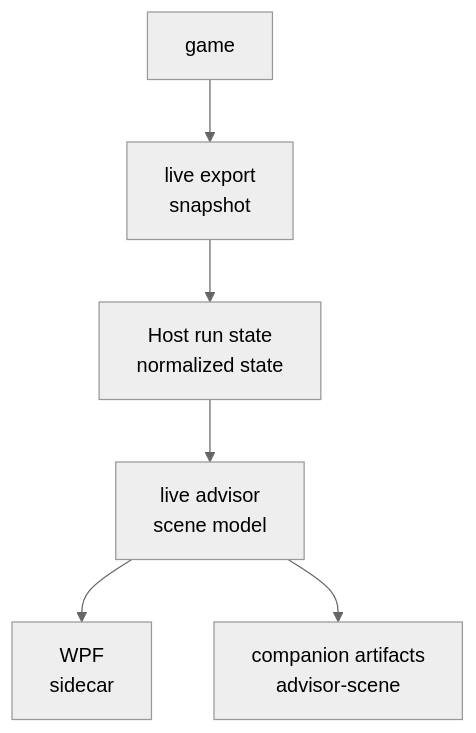
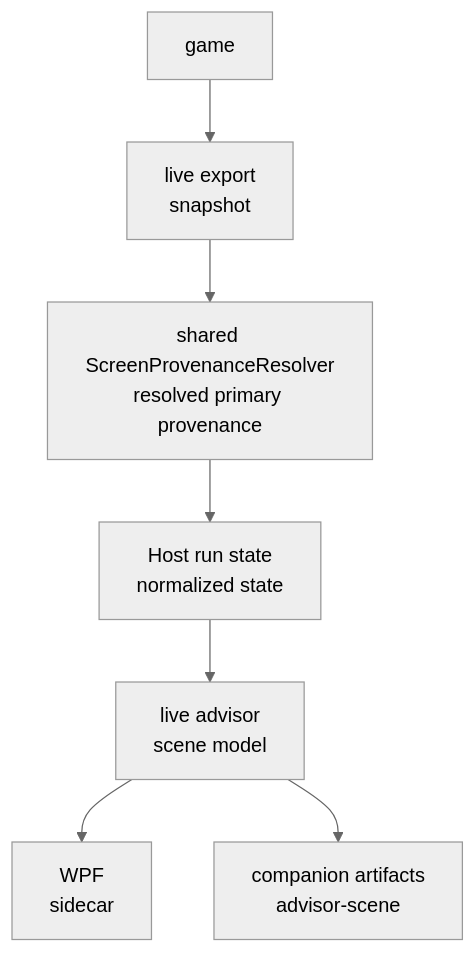
One commit to jidon333/STS2_Mod_AI_Companion changed the third of 4 diagrams in docs/current/readers/HARNESS_TO_M9_STRUCTURE_READER_KO.md. Above: the diagram before and after it, drawn with Mermaid (neutral theme). The commit also changed other lines of this file and 23 other files, not shown here.

Commit message:
Unify host and harness screen provenance resolution

````diff
--- a/docs/current/readers/HARNESS_TO_M9_STRUCTURE_READER_KO.md
+++ b/docs/current/readers/HARNESS_TO_M9_STRUCTURE_READER_KO.md
@@ -216,8 +221,9 @@
 ```mermaid
 flowchart TB
     Game["game"] --> Snapshot["live export<br/>snapshot"]
-    Snapshot --> RunState["Host run state<br/>normalized state"]
+    Snapshot --> Provenance["shared ScreenProvenanceResolver<br/>resolved primary provenance"]
+    Provenance --> RunState["Host run state<br/>normalized state"]
     RunState --> SceneModel["live advisor<br/>scene model"]
     SceneModel --> Wpf["WPF<br/>sidecar"]
     SceneModel --> CompanionArtifacts["companion artifacts<br/>advisor-scene"]
 ```
````
